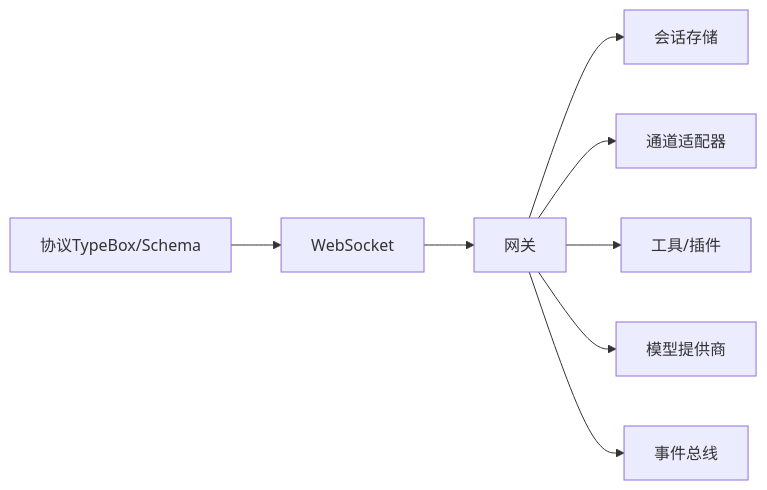
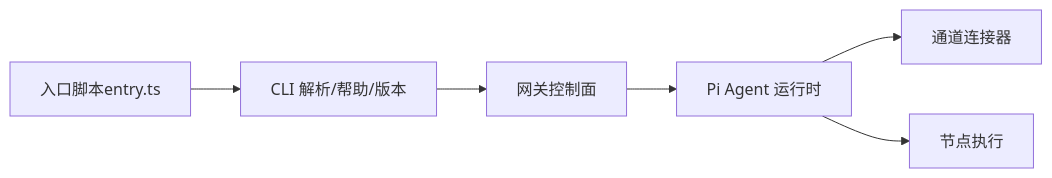
The tenth of 10 diagrams in repowiki/zh/content/核心概念/核心概念.md (botx-work/OpenClaw-Internals), drawn with Mermaid before and after one commit. The commit also changed other lines of this file and 542 other files, not shown here.

````diff
--- a/repowiki/zh/content/核心概念/核心概念.md
+++ b/repowiki/zh/content/核心概念/核心概念.md
@@ -381,10 +361,8 @@
 ```mermaid
 graph LR
-Protocol["协议TypeBox/Schema"] --> WS["WebSocket"]
-WS --> Gateway["网关"]
-Gateway --> Sessions["会话存储"]
-Gateway --> Channels["通道适配器"]
-Gateway --> Tools["工具/插件"]
-Gateway --> Models["模型提供商"]
-Gateway --> Events["事件总线"]
+Entry["入口脚本entry.ts"] --> CLI["CLI 解析/帮助/版本"]
+CLI --> Gateway["网关控制面"]
+Gateway --> Agent["Pi Agent 运行时"]
+Agent --> Channels["通道连接器"]
+Agent --> Nodes["节点执行"]
 ```
````
